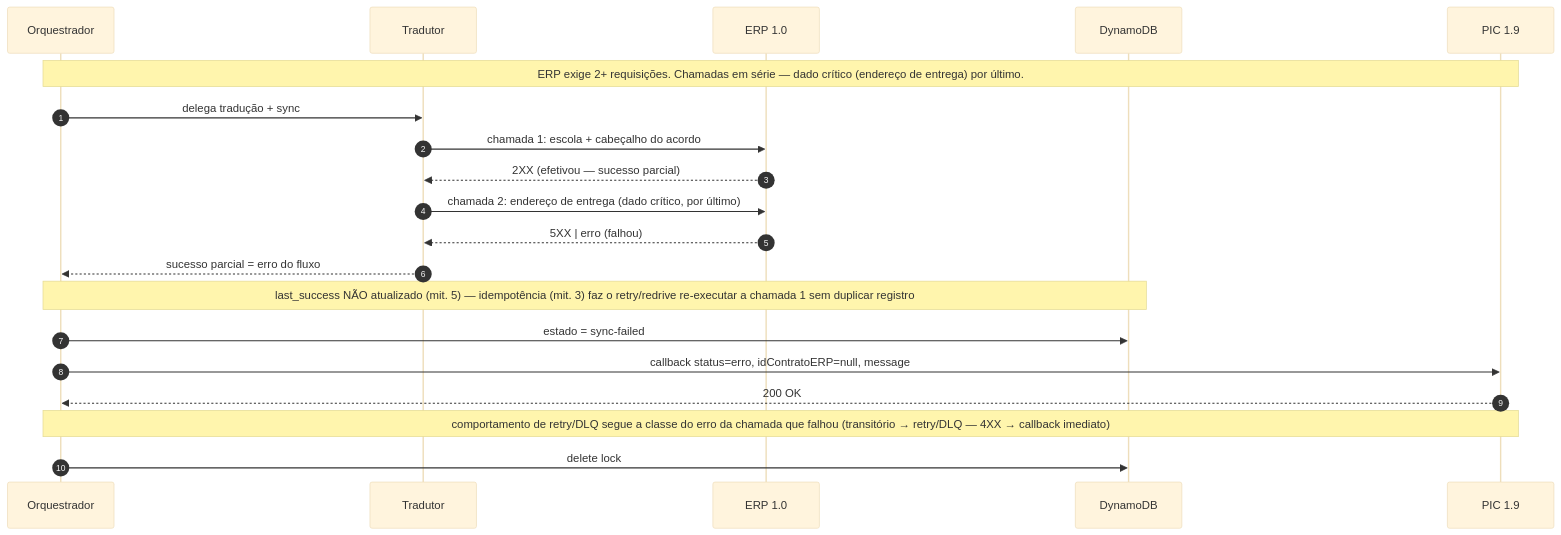
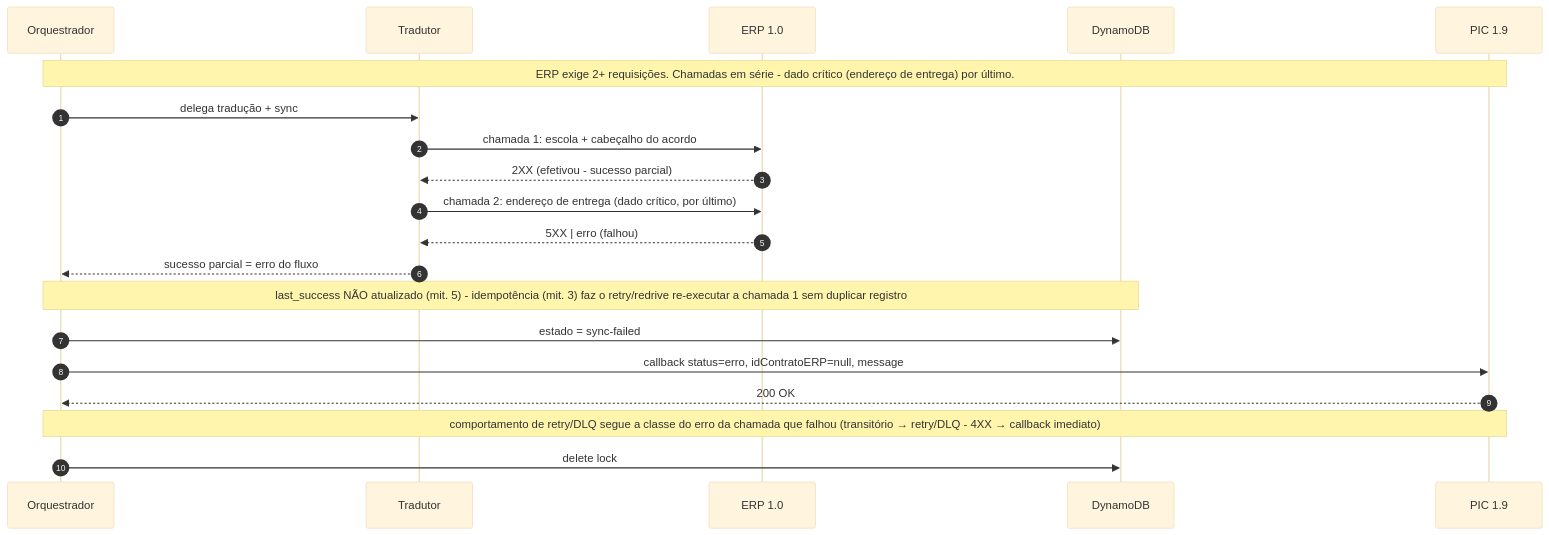
The sixth of 6 diagrams in configs/ai-docs/claude/skills/design-docs/references/example-good-hld.md (brunogsa/unix-utils), drawn with Mermaid (base theme) before and after one commit. The commit also changed other lines of this file and 350 other files, not shown here.

````diff
--- a/configs/ai-docs/claude/skills/design-docs/references/example-good-hld.md
+++ b/configs/ai-docs/claude/skills/design-docs/references/example-good-hld.md
@@ -913,23 +913,23 @@
 ```mermaid
 sequenceDiagram
   autonumber
   participant ORQ as Orquestrador
   participant TR as Tradutor
   participant ERP as ERP 1.0
   participant DDB as DynamoDB
   participant PIC as PIC 1.9
 
-  Note over ORQ,PIC: ERP exige 2+ requisições. Chamadas em série — dado crítico (endereço de entrega) por último.
+  Note over ORQ,PIC: ERP exige 2+ requisições. Chamadas em série - dado crítico (endereço de entrega) por último.
   ORQ->>TR: delega tradução + sync
   TR->>ERP: chamada 1: escola + cabeçalho do acordo
-  ERP-->>TR: 2XX (efetivou — sucesso parcial)
+  ERP-->>TR: 2XX (efetivou - sucesso parcial)
   TR->>ERP: chamada 2: endereço de entrega (dado crítico, por último)
   ERP-->>TR: 5XX | erro (falhou)
   TR-->>ORQ: sucesso parcial = erro do fluxo
-  Note over ORQ,DDB: last_success NÃO atualizado (mit. 5) — idempotência (mit. 3) faz o retry/redrive re-executar a chamada 1 sem duplicar registro
+  Note over ORQ,DDB: last_success NÃO atualizado (mit. 5) - idempotência (mit. 3) faz o retry/redrive re-executar a chamada 1 sem duplicar registro
   ORQ->>DDB: estado = sync-failed
   ORQ->>PIC: callback status=erro, idContratoERP=null, message
   PIC-->>ORQ: 200 OK
-  Note over ORQ,PIC: comportamento de retry/DLQ segue a classe do erro da chamada que falhou (transitório → retry/DLQ — 4XX → callback imediato)
+  Note over ORQ,PIC: comportamento de retry/DLQ segue a classe do erro da chamada que falhou (transitório → retry/DLQ - 4XX → callback imediato)
   ORQ->>DDB: delete lock
 ```
````
